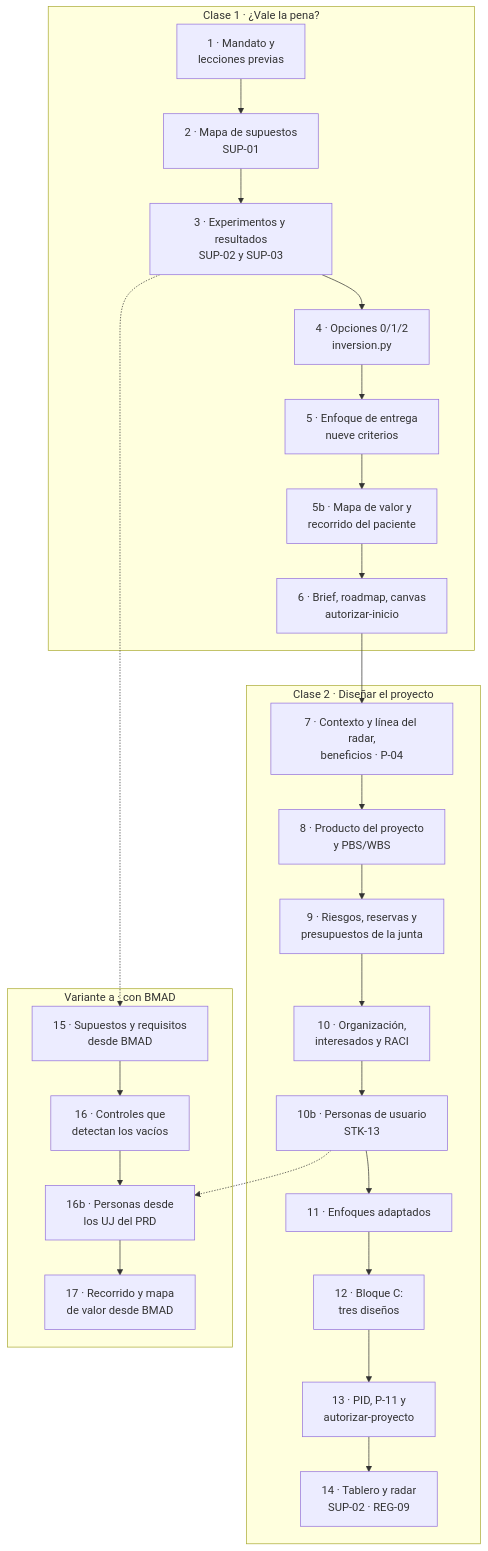
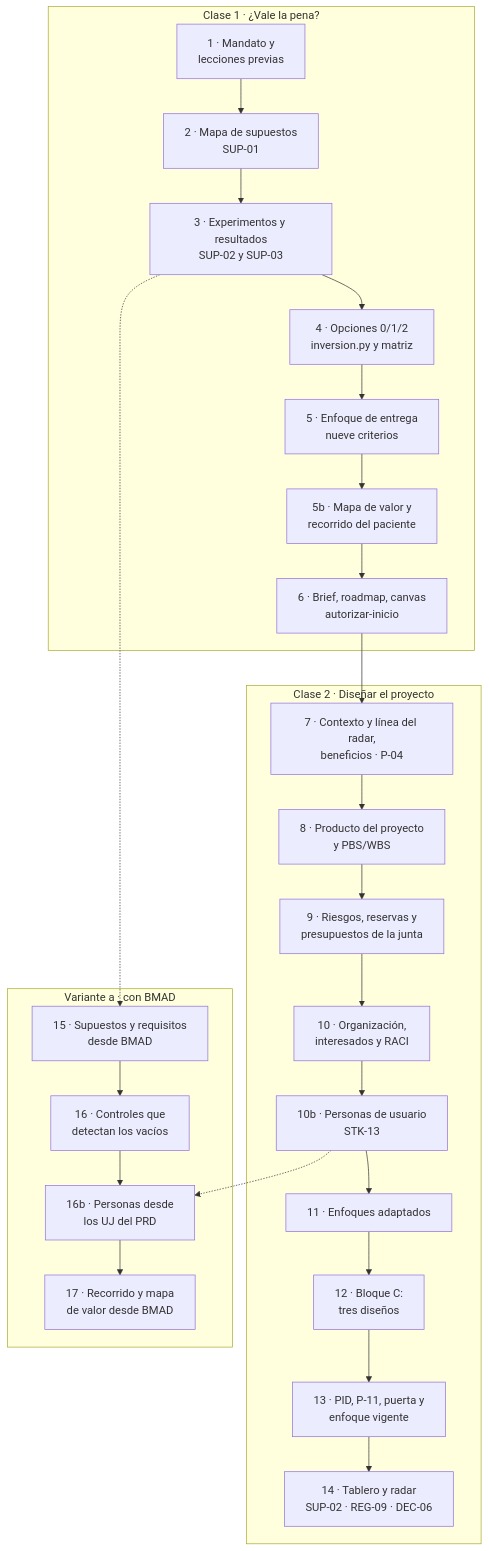
The first of 2 diagrams in docs/guias/E2E-5-idea-a-proyecto.md (Arturo-Penas-Rial/pm-method), drawn with Mermaid before and after one commit. The commit also changed other lines of this file and 277 other files, not shown here.

````diff
--- a/docs/guias/E2E-5-idea-a-proyecto.md
+++ b/docs/guias/E2E-5-idea-a-proyecto.md
@@ -142,22 +156,22 @@
 ```mermaid
 flowchart TB
     subgraph c1["Clase 1 · ¿Vale la pena?"]
         a["1 · Mandato y<br/>lecciones previas"] --> b["2 · Mapa de supuestos<br/>SUP-01"]
-        b --> c["3 · Experimentos y resultados<br/>SUP-02 y SUP-03"] --> d["4 · Opciones 0/1/2<br/>inversion.py"]
+        b --> c["3 · Experimentos y resultados<br/>SUP-02 y SUP-03"] --> d["4 · Opciones 0/1/2<br/>inversion.py y matriz"]
         d --> e["5 · Enfoque de entrega<br/>nueve criterios"] --> e2["5b · Mapa de valor y<br/>recorrido del paciente"]
         e2 --> f["6 · Brief, roadmap, canvas<br/>autorizar-inicio"]
     end
     subgraph c2["Clase 2 · Diseñar el proyecto"]
         g["7 · Contexto y línea del radar,<br/>beneficios · P-04"] --> h["8 · Producto del proyecto<br/>y PBS/WBS"]
         h --> i["9 · Riesgos, reservas y<br/>presupuestos de la junta"] --> j["10 · Organización,<br/>interesados y RACI"]
         j --> j2["10b · Personas de usuario<br/>STK-13"] --> k["11 · Enfoques adaptados"] --> l["12 · Bloque C:<br/>tres diseños"]
-        l --> m["13 · PID, P-11 y<br/>autorizar-proyecto"] --> n["14 · Tablero y radar<br/>SUP-02 · REG-09"]
+        l --> m["13 · PID, P-11, puerta y<br/>enfoque vigente"] --> n["14 · Tablero y radar<br/>SUP-02 · REG-09 · DEC-06"]
     end
     subgraph va["Variante a · con BMAD"]
         o["15 · Supuestos y requisitos<br/>desde BMAD"] --> p["16 · Controles que<br/>detectan los vacíos"]
         p --> p2["16b · Personas desde<br/>los UJ del PRD"] --> q["17 · Recorrido y mapa<br/>de valor desde BMAD"]
     end
     f --> g
     c -.-> o
     j2 -.-> p2
 ```
````
